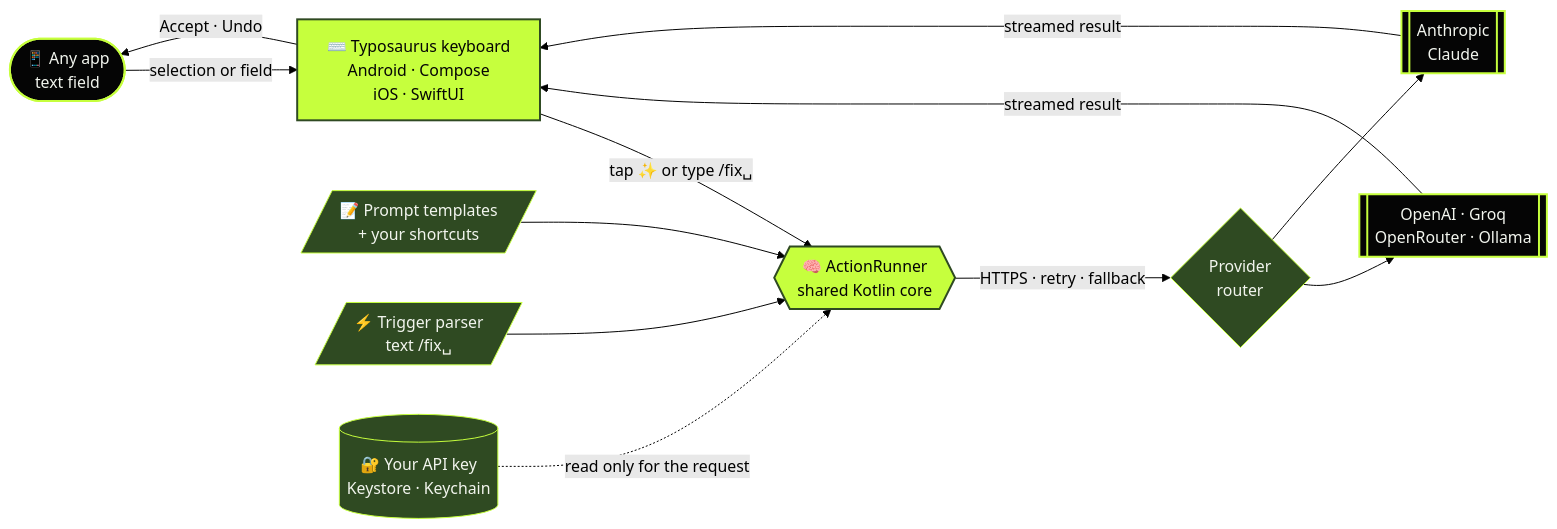
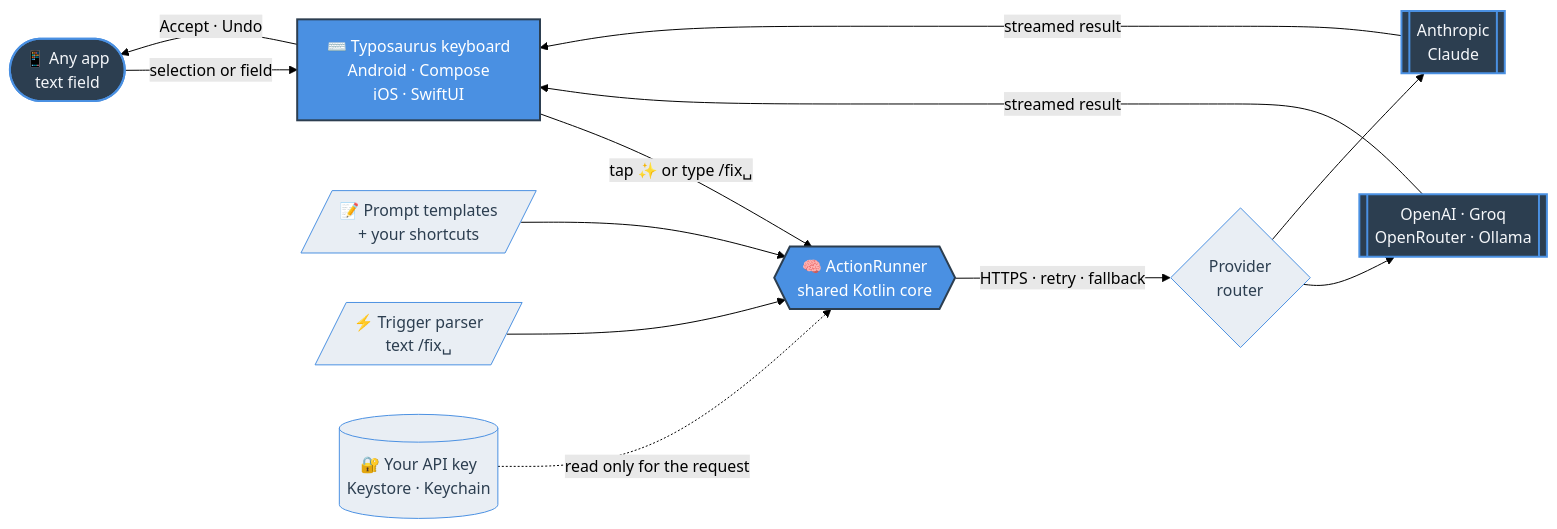
The diagram in README.md (Akash-Gunasekar/typosaurus), drawn with Mermaid (forest theme) before and after one commit. The commit also changed other lines of this file and 6 other files, not shown here.

First line of the commit message:
Home header and tiles layout; blue README diagram; fix dependency scan

````diff
--- a/README.md
+++ b/README.md
@@ -78,31 +78,31 @@
 ```mermaid
 flowchart LR
     app(["📱 Any app<br/>text field"])
     kb["⌨️ Typosaurus keyboard<br/>Android · Compose<br/>iOS · SwiftUI"]
     runner{{"🧠 ActionRunner<br/>shared Kotlin core"}}
     prompts[/"📝 Prompt templates<br/>+ your shortcuts"/]
     trig[/"⚡ Trigger parser<br/>text /fix␣"/]
     keys[("🔐 Your API key<br/>Keystore · Keychain")]
     route{"Provider<br/>router"}
     oa[["OpenAI · Groq<br/>OpenRouter · Ollama"]]
     an[["Anthropic<br/>Claude"]]
 
     app -- "selection or field" --> kb
     kb -- "tap ✨ or type /fix␣" --> runner
     prompts --> runner
     trig --> runner
     keys -. "read only for the request" .-> runner
     runner -- "HTTPS · retry · fallback" --> route
     route --> oa
     route --> an
     oa -- "streamed result" --> kb
     an -- "streamed result" --> kb
     kb -- "Accept · Undo" --> app
 
-    classDef ink fill:#050505,stroke:#C6FF3D,color:#F2F5EE,stroke-width:2px
-    classDef lime fill:#C6FF3D,stroke:#2F4A22,color:#050505,stroke-width:2px
-    classDef green fill:#2F4A22,stroke:#C6FF3D,color:#F2F5EE
+    classDef ink fill:#2C3E50,stroke:#4A90E2,color:#F5F7FA,stroke-width:2px
+    classDef blue fill:#4A90E2,stroke:#2C3E50,color:#FFFFFF,stroke-width:2px
+    classDef soft fill:#E9EEF4,stroke:#4A90E2,color:#2C3E50
     class app,oa,an ink
-    class kb,runner lime
-    class prompts,trig,keys,route green
+    class kb,runner blue
+    class prompts,trig,keys,route soft
 ```
````
